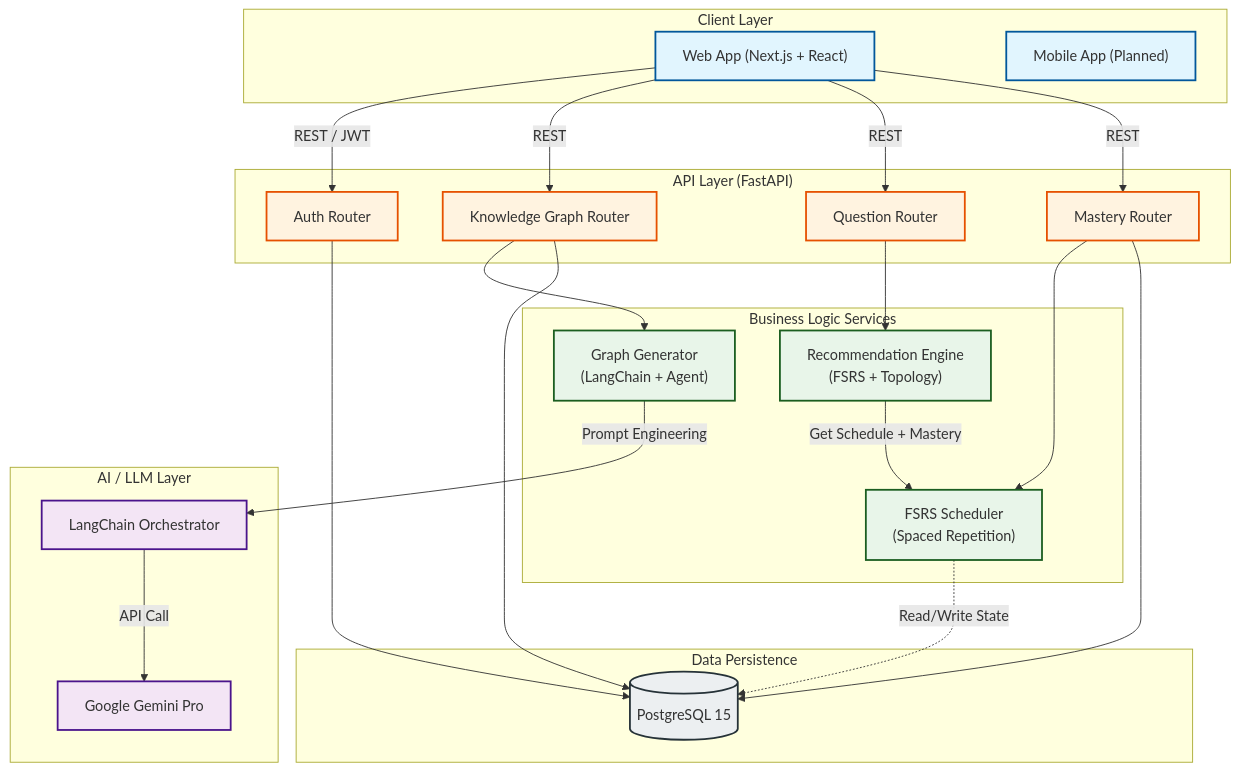
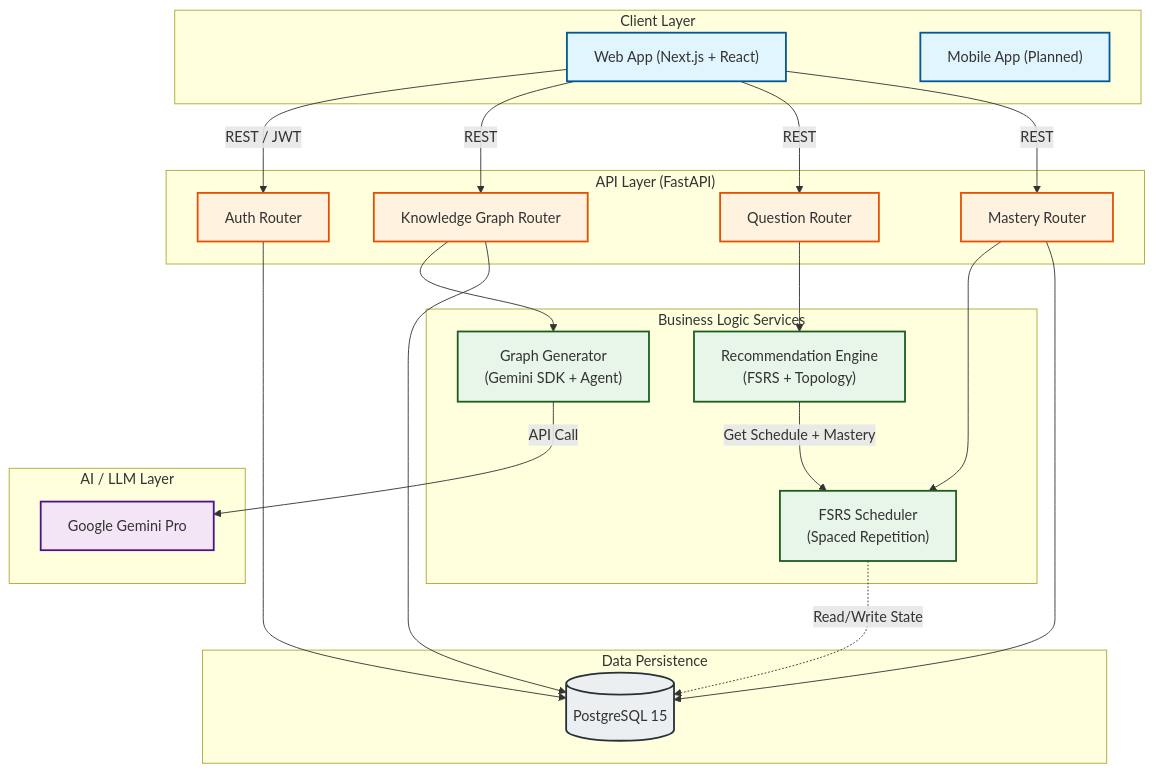
Before and after one commit to DengNaichen/aether: the first of 2 diagrams in docs/architecture.md, drawn with Mermaid. The commit also changed 5 other files, not shown here.

Commit message:
refactor(ai): replace LangChain with Gemini SDK, update tests/docs, drop langchain deps

````diff
--- a/docs/architecture.md
+++ b/docs/architecture.md
@@ -3,68 +3,66 @@
 ```mermaid
 graph TD
     %% Client Layer
     subgraph Client ["Client Layer"]
         WebApp["Web App (Next.js + React)"]
         Mobile["Mobile App (Planned)"]
     end
 
     %% API Layer
     subgraph API ["API Layer (FastAPI)"]
         Auth["Auth Router"]
         GraphAPI["Knowledge Graph Router"]
         QuestionAPI["Question Router"]
         MasteryAPI["Mastery Router"]
     end
 
     %% Service Layer
     subgraph Services ["Business Logic Services"]
         FSRS["FSRS Scheduler<br/>(Spaced Repetition)"]
-        GraphGen["Graph Generator<br/>(LangChain + Agent)"]
+        GraphGen["Graph Generator<br/>(Gemini SDK + Agent)"]
         RecEngine["Recommendation Engine<br/>(FSRS + Topology)"]
     end
 
     %% AI Layer
     subgraph AI ["AI / LLM Layer"]
         Gemini["Google Gemini Pro"]
-        LangChain["LangChain Orchestrator"]
     end
 
     %% Data Layer
     subgraph Data ["Data Persistence"]
         Postgres[("PostgreSQL 15")]
     end
 
     %% Connections
     WebApp -->|REST / JWT| Auth
     WebApp -->|REST| GraphAPI
     WebApp -->|REST| QuestionAPI
     WebApp -->|REST| MasteryAPI
 
     GraphAPI --> GraphGen
-    GraphGen -->|Prompt Engineering| LangChain
-    LangChain -->|API Call| Gemini
+    GraphGen -->|API Call| Gemini
 
     QuestionAPI --> RecEngine
     RecEngine -->|Get Schedule + Mastery| FSRS
 
     MasteryAPI --> FSRS
 
     %% Database Connections
     Auth --> Postgres
     GraphAPI --> Postgres
     MasteryAPI --> Postgres
     FSRS -.->|Read/Write State| Postgres
 
     %% Styling
     classDef client fill:#e1f5fe,stroke:#01579b,stroke-width:2px;
     classDef api fill:#fff3e0,stroke:#e65100,stroke-width:2px;
     classDef service fill:#e8f5e9,stroke:#1b5e20,stroke-width:2px;
     classDef ai fill:#f3e5f5,stroke:#4a148c,stroke-width:2px;
     classDef data fill:#eceff1,stroke:#263238,stroke-width:2px;
 
     class WebApp,Mobile client;
     class Auth,GraphAPI,QuestionAPI,MasteryAPI api;
     class BKT,FSRS,GraphGen,RecEngine service;
-    class Gemini,LangChain ai;
+    class Gemini ai;
     class Postgres data;
 ```
````
